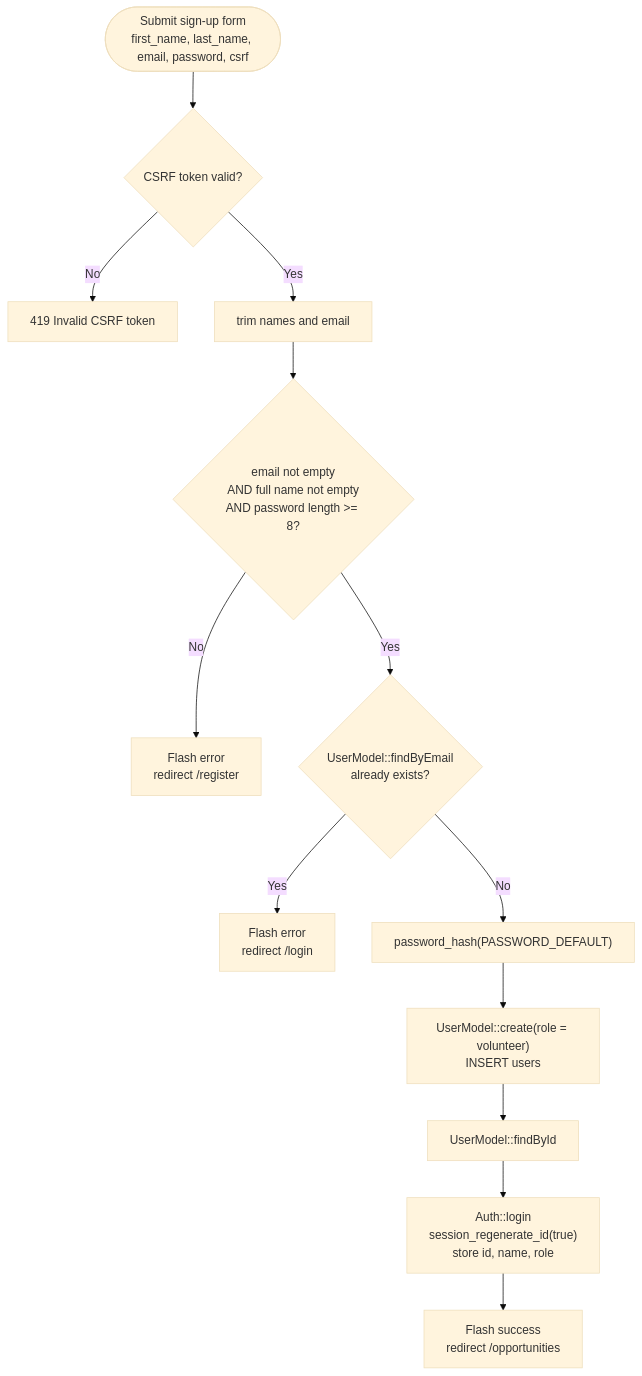
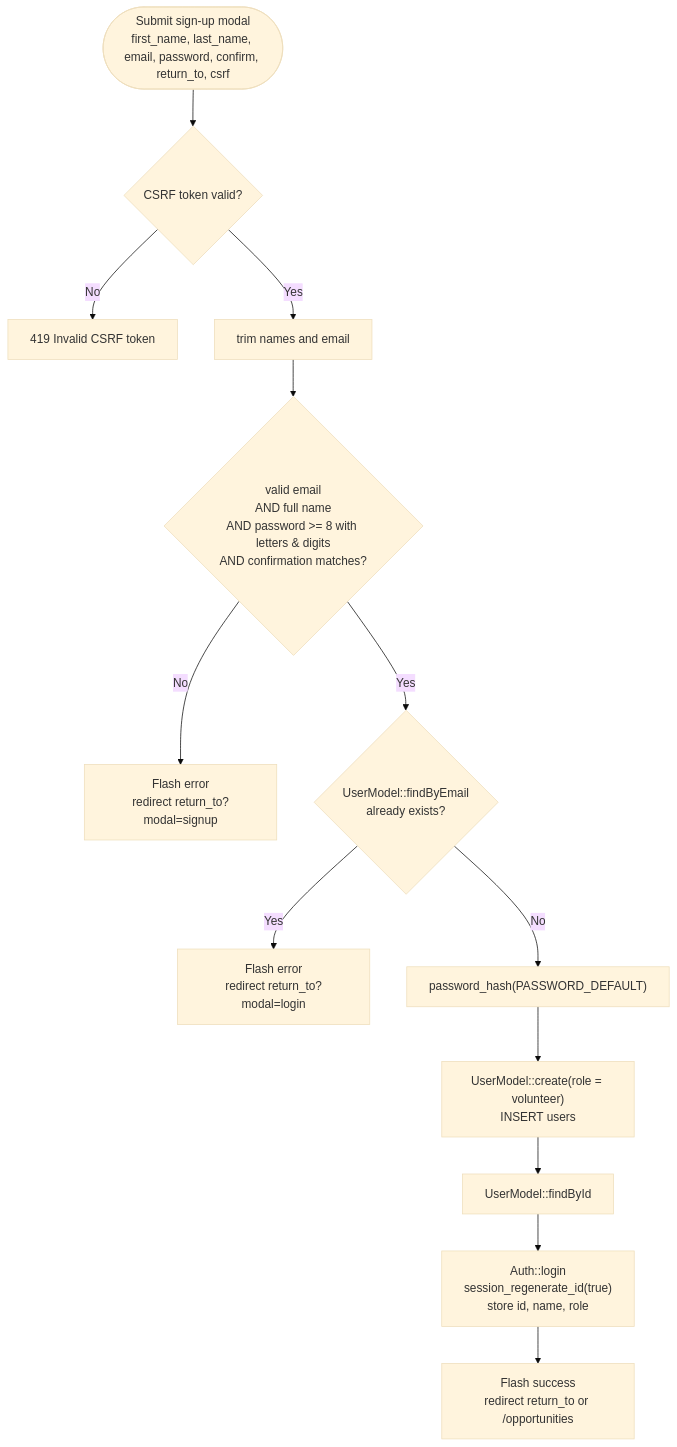
One commit to luoijin/HelpHive changed the second of 6 diagrams in docs/FLOW_AUTH.md. Above: the diagram before and after it, drawn with Mermaid (base theme). The commit also changed other lines of this file and 14 other files, not shown here.

````diff
--- a/docs/FLOW_AUTH.md
+++ b/docs/FLOW_AUTH.md
@@ -29,15 +29,15 @@
 ```mermaid
 flowchart TD
-    A(["Submit sign-up form<br/>first_name, last_name, email, password, csrf"]) --> B{"CSRF token valid?"}
+    A(["Submit sign-up modal<br/>first_name, last_name, email, password, confirm, return_to, csrf"]) --> B{"CSRF token valid?"}
     B -- "No" --> B1["419 Invalid CSRF token"]
     B -- "Yes" --> C["trim names and email"]
-    C --> D{"email not empty<br/>AND full name not empty<br/>AND password length >= 8?"}
-    D -- "No" --> D1["Flash error<br/>redirect /register"]
+    C --> D{"valid email<br/>AND full name<br/>AND password >= 8 with letters & digits<br/>AND confirmation matches?"}
+    D -- "No" --> D1["Flash error<br/>redirect return_to?modal=signup"]
     D -- "Yes" --> E{"UserModel::findByEmail<br/>already exists?"}
-    E -- "Yes" --> E1["Flash error<br/>redirect /login"]
+    E -- "Yes" --> E1["Flash error<br/>redirect return_to?modal=login"]
     E -- "No" --> F["password_hash(PASSWORD_DEFAULT)"]
     F --> G["UserModel::create(role = volunteer)<br/>INSERT users"]
     G --> H["UserModel::findById"]
     H --> I["Auth::login<br/>session_regenerate_id(true)<br/>store id, name, role"]
-    I --> J["Flash success<br/>redirect /opportunities"]
+    I --> J["Flash success<br/>redirect return_to or /opportunities"]
 ```
````
